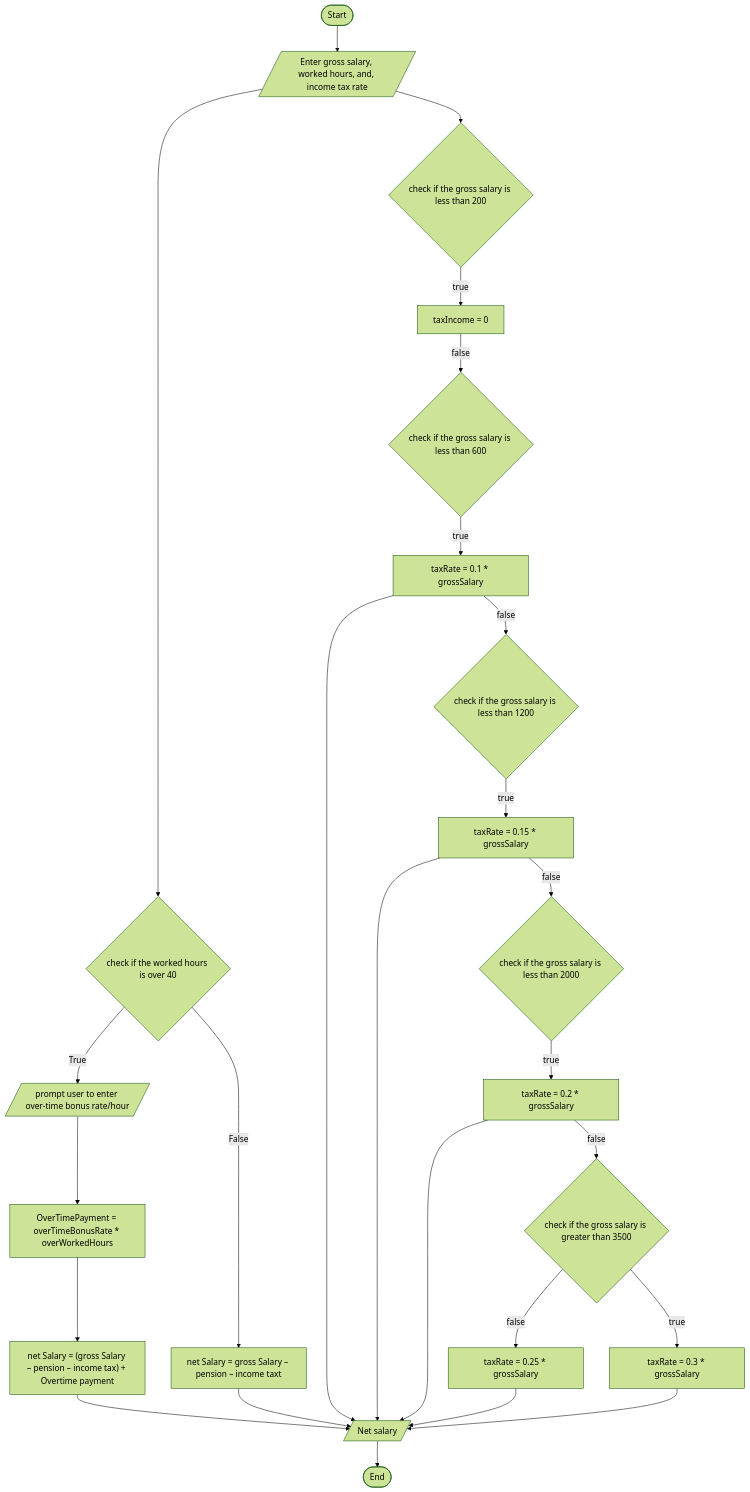
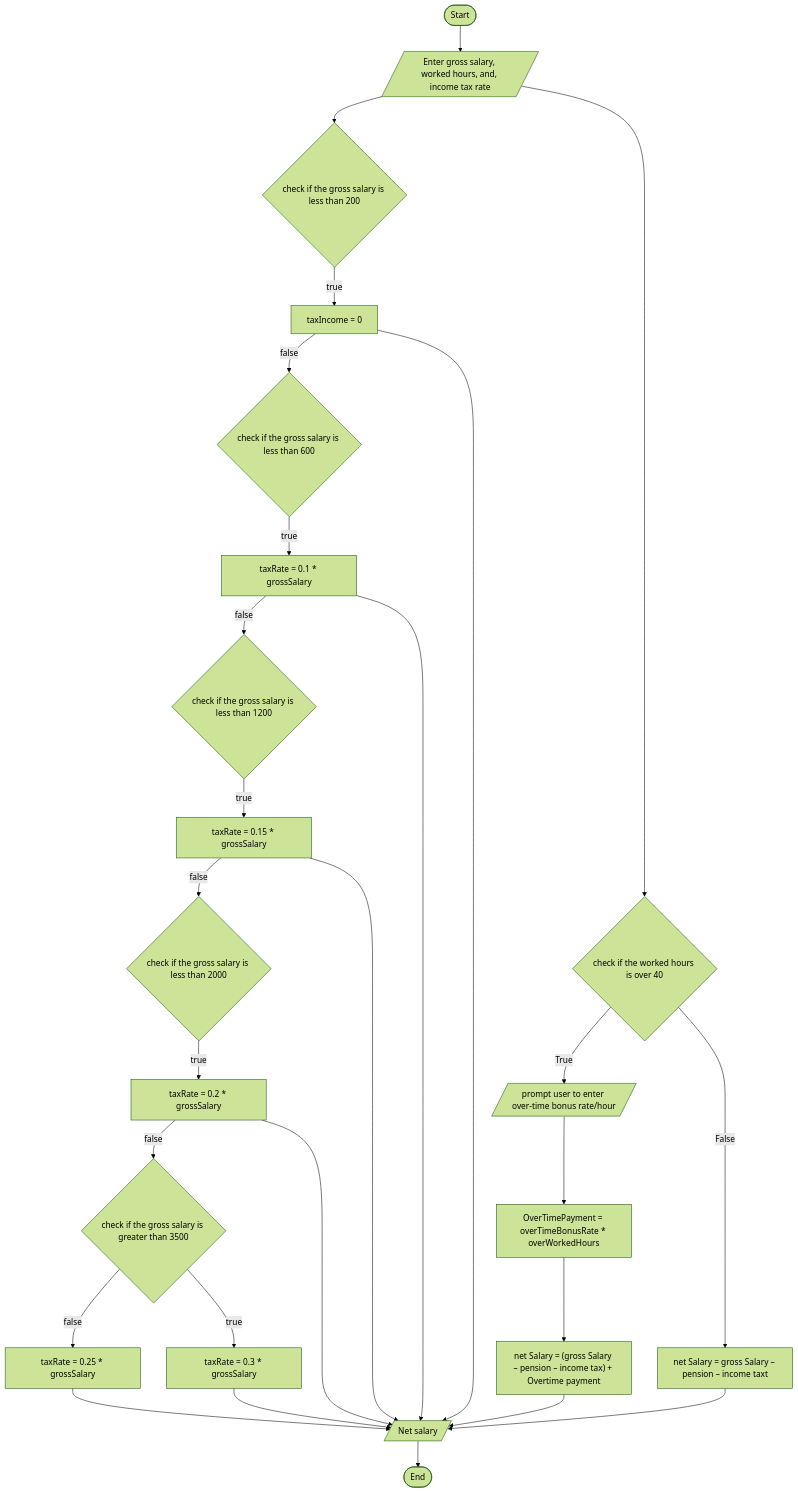
The diagram in ETS1049_15_Natnael_Yonas/Activity3.1/income_calculator.md (SWEG-2015EC-Batch/Felix), drawn with Mermaid (forest theme) before and after one commit.

````diff
--- a/ETS1049_15_Natnael_Yonas/Activity3.1/income_calculator.md
+++ b/ETS1049_15_Natnael_Yonas/Activity3.1/income_calculator.md
@@ -12,28 +12,29 @@
 ```mermaid
 graph TD;
 A([Start]) -->  B[/"Enter gross salary, worked hours, and, income tax rate"/];
 B --> C{check if the gross salary is less than 200};
 C--> |true|D[taxIncome = 0 ];
 D--> |false|E{check if the gross salary is less than 600};
 E--> |true|F["taxRate = 0.1 * grossSalary"];
 F--> |false|G{check if the gross salary is less than 1200};
 G--> |true|T["taxRate = 0.15 * grossSalary"];
 T--> |false|H{check if the gross salary is less than 2000};
 H--> |true|I["taxRate = 0.2 * grossSalary" ];
 I--> |false|J{check if the gross salary is greater than 3500};
 J--> |false|K["taxRate = 0.25 * grossSalary" ];
 J--> |true|L["taxRate = 0.3 * grossSalary" ];
 B-->M{check if the worked hours is over 40};
 M--> |True|N[/"prompt user to enter over-time bonus rate/hour" /];
 N--> Z[OverTimePayment = overTimeBonusRate * overWorkedHours ]
 Z-->P["net Salary = (gross Salary – pension – income tax) + Overtime payment"];
 M--> |False|O["net Salary = gross Salary – pension – income taxt"];
 P-->Q[/Net salary/];
+D-->Q;
 O-->Q;
 F-->Q;
 T-->Q;
 I-->Q;
 K-->Q;
 L-->Q;
 Q --> R([End]);
 ```
````
